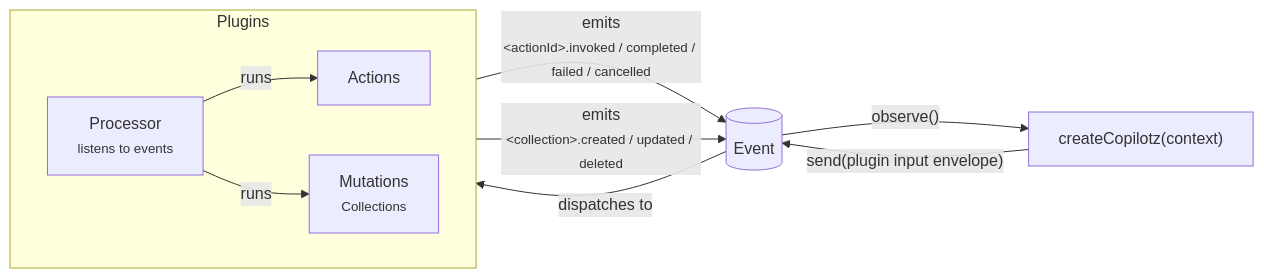
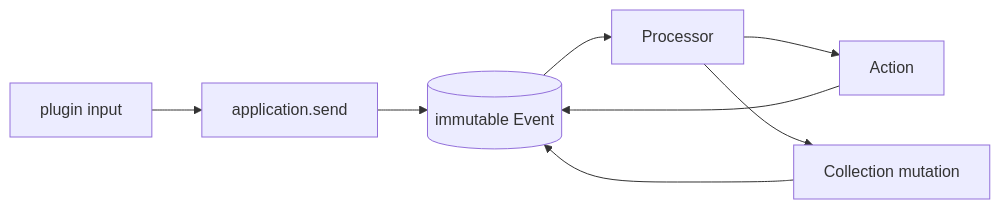
One commit to copilotzhq/copilotz changed the diagram in README.md. Above: the diagram before and after it, drawn with Mermaid. The commit also changed other lines of this file and 45 other files, not shown here.

````diff
--- a/README.md
+++ b/README.md
@@ -8,22 +6,10 @@
 ```mermaid
 flowchart LR
-  app["createCopilotz(context)"]
-  event[("Event")]
-
-  app -- "send(plugin input envelope)" --> event
-  event -- "observe()" --> app
-
-  subgraph plugins["Plugins"]
-    direction LR
-    processor["Processor<br/><small>listens to events</small>"]
-    actions["Actions"]
-    mutations["Mutations<br/><small>Collections</small>"]
-
-    processor -- "runs" --> actions
-    processor -- "runs" --> mutations
-  end
-
-  event -- "dispatches to" --> processor
-  actions -- "emits<br/><small>&lt;actionId&gt;.invoked / completed / failed / cancelled</small>" --> event
-  mutations -- "emits<br/><small>&lt;collection&gt;.created / updated / deleted</small>" --> event
+  input["plugin input"] --> send["application.send"]
+  send --> event[("immutable Event")]
+  event --> processor["Processor"]
+  processor --> action["Action"]
+  processor --> collection["Collection mutation"]
+  action --> event
+  collection --> event
 ```
````
